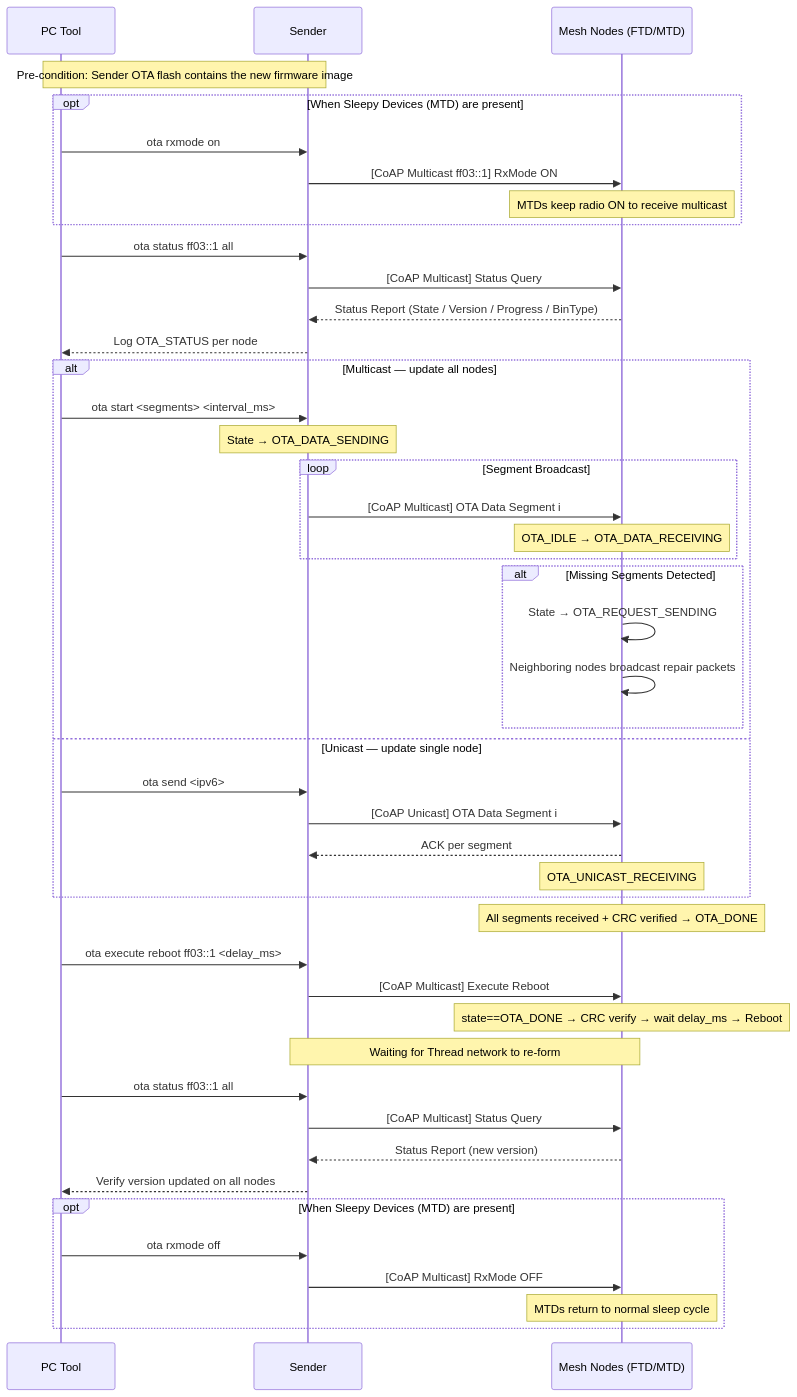
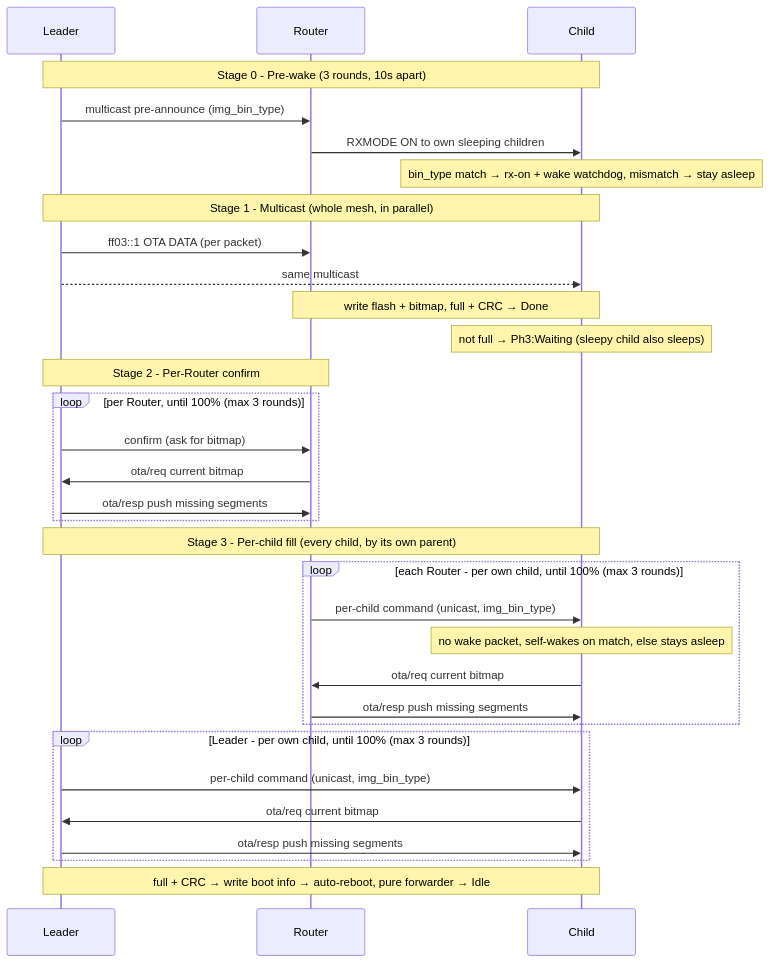
Before and after one commit to RafaelMicro/Rafael-IoT-SDK: the third of 3 diagrams in docs/SubG/mesh-it-up/OTA-guide.md, drawn with Mermaid. The commit also changed other lines of this file and 2618 other files, not shown here.

````diff
--- a/docs/SubG/mesh-it-up/OTA-guide.md
+++ b/docs/SubG/mesh-it-up/OTA-guide.md
@@ -133,56 +517,34 @@
 ```mermaid
 sequenceDiagram
-    participant Tool as PC Tool
-    participant Sender
-    participant Nodes as Mesh Nodes (FTD/MTD)
-
-    Note over Tool,Sender: Pre-condition: Sender OTA flash contains the new firmware image
-
-    opt When Sleepy Devices (MTD) are present
-        Tool->>Sender: ota rxmode on
-        Sender->>Nodes: [CoAP Multicast ff03::1] RxMode ON
-        Note over Nodes: MTDs keep radio ON to receive multicast
+    participant L as Leader
+    participant R as Router
+    participant C as Child
+    Note over L,C: Stage 0 - Pre-wake (3 rounds, 10s apart)
+    L->>R: multicast pre-announce (img_bin_type)
+    R->>C: RXMODE ON to own sleeping children
+    Note over C: bin_type match → rx-on + wake watchdog, mismatch → stay asleep
+    Note over L,C: Stage 1 - Multicast (whole mesh, in parallel)
+    L->>R: ff03::1 OTA DATA (per packet)
+    L-->>C: same multicast
+    Note over R,C: write flash + bitmap, full + CRC → Done
+    Note over C: not full → Ph3:Waiting (sleepy child also sleeps)
+    Note over L,R: Stage 2 - Per-Router confirm
+    loop per Router, until 100% (max 3 rounds)
+        L->>R: confirm (ask for bitmap)
+        R->>L: ota/req current bitmap
+        L->>R: ota/resp push missing segments
     end
-
-    Tool->>Sender: ota status ff03::1 all
-    Sender->>Nodes: [CoAP Multicast] Status Query
-    Nodes-->>Sender: Status Report (State / Version / Progress / BinType)
-    Sender-->>Tool: Log OTA_STATUS per node
-
-    alt Multicast — update all nodes
-        Tool->>Sender: ota start <segments> <interval_ms>
-        Note over Sender: State → OTA_DATA_SENDING
-        loop Segment Broadcast
-            Sender->>Nodes: [CoAP Multicast] OTA Data Segment i
-            Note over Nodes: OTA_IDLE → OTA_DATA_RECEIVING
-        end
-        alt Missing Segments Detected
-            Nodes->>Nodes: State → OTA_REQUEST_SENDING
-            Nodes->>Nodes: Neighboring nodes broadcast repair packets
-        end
-    else Unicast — update single node
-        Tool->>Sender: ota send <ipv6>
-        Sender->>Nodes: [CoAP Unicast] OTA Data Segment i
-        Nodes-->>Sender: ACK per segment
-        Note over Nodes: OTA_UNICAST_RECEIVING
+    Note over L,C: Stage 3 - Per-child fill (every child, by its own parent)
+    loop each Router - per own child, until 100% (max 3 rounds)
+        R->>C: per-child command (unicast, img_bin_type)
+        Note over C: no wake packet, self-wakes on match, else stays asleep
+        C->>R: ota/req current bitmap
+        R->>C: ota/resp push missing segments
     end
-
-    Note over Nodes: All segments received + CRC verified → OTA_DONE
-
-    Tool->>Sender: ota execute reboot ff03::1 <delay_ms>
-    Sender->>Nodes: [CoAP Multicast] Execute Reboot
-    Note over Nodes: state==OTA_DONE → CRC verify → wait delay_ms → Reboot
-
-    Note over Sender,Nodes: Waiting for Thread network to re-form
-
-    Tool->>Sender: ota status ff03::1 all
-    Sender->>Nodes: [CoAP Multicast] Status Query
-    Nodes-->>Sender: Status Report (new version)
-    Sender-->>Tool: Verify version updated on all nodes
-
-    opt When Sleepy Devices (MTD) are present
-        Tool->>Sender: ota rxmode off
-        Sender->>Nodes: [CoAP Multicast] RxMode OFF
-        Note over Nodes: MTDs return to normal sleep cycle
+    loop Leader - per own child, until 100% (max 3 rounds)
+        L->>C: per-child command (unicast, img_bin_type)
+        C->>L: ota/req current bitmap
+        L->>C: ota/resp push missing segments
     end
+    Note over L,C: full + CRC → write boot info → auto-reboot, pure forwarder → Idle
 ```
````
